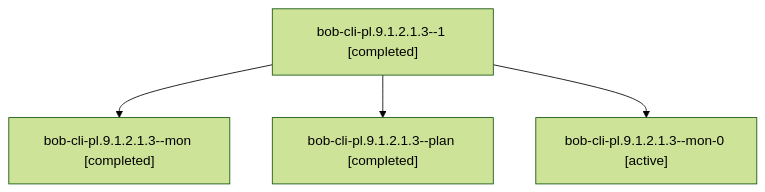
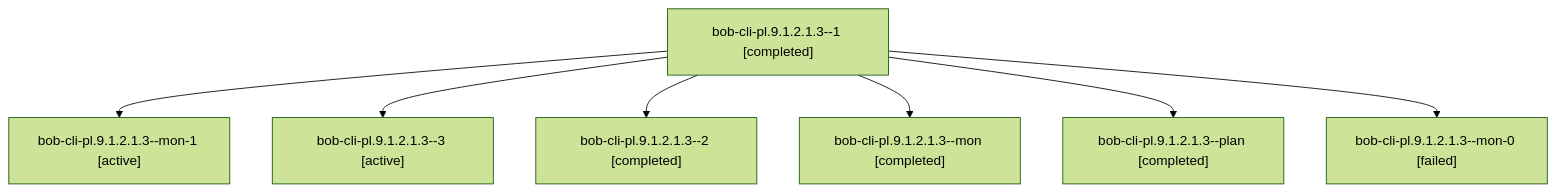
The diagram in sessions/bbugyi200.apollo.bob-cli-pl.9.1.2.1.3.md (bobs-org/bob-cli--agents), drawn with Mermaid (forest theme) before and after one commit. The commit also changed other lines of this file and 172 other files, not shown here.

````diff
--- a/sessions/bbugyi200.apollo.bob-cli-pl.9.1.2.1.3.md
+++ b/sessions/bbugyi200.apollo.bob-cli-pl.9.1.2.1.3.md
@@ -9,10 +9,16 @@
 ```mermaid
 flowchart TD
   n0["bob-cli-pl.9.1.2.1.3--1 [completed]"]
-  n1["bob-cli-pl.9.1.2.1.3--mon [completed]"]
+  n1["bob-cli-pl.9.1.2.1.3--mon-1 [active]"]
   n0 --> n1
-  n2["bob-cli-pl.9.1.2.1.3--plan [completed]"]
+  n2["bob-cli-pl.9.1.2.1.3--3 [active]"]
   n0 --> n2
-  n3["bob-cli-pl.9.1.2.1.3--mon-0 [active]"]
+  n3["bob-cli-pl.9.1.2.1.3--2 [completed]"]
   n0 --> n3
+  n4["bob-cli-pl.9.1.2.1.3--mon [completed]"]
+  n0 --> n4
+  n5["bob-cli-pl.9.1.2.1.3--plan [completed]"]
+  n0 --> n5
+  n6["bob-cli-pl.9.1.2.1.3--mon-0 [failed]"]
+  n0 --> n6
 ```
````
